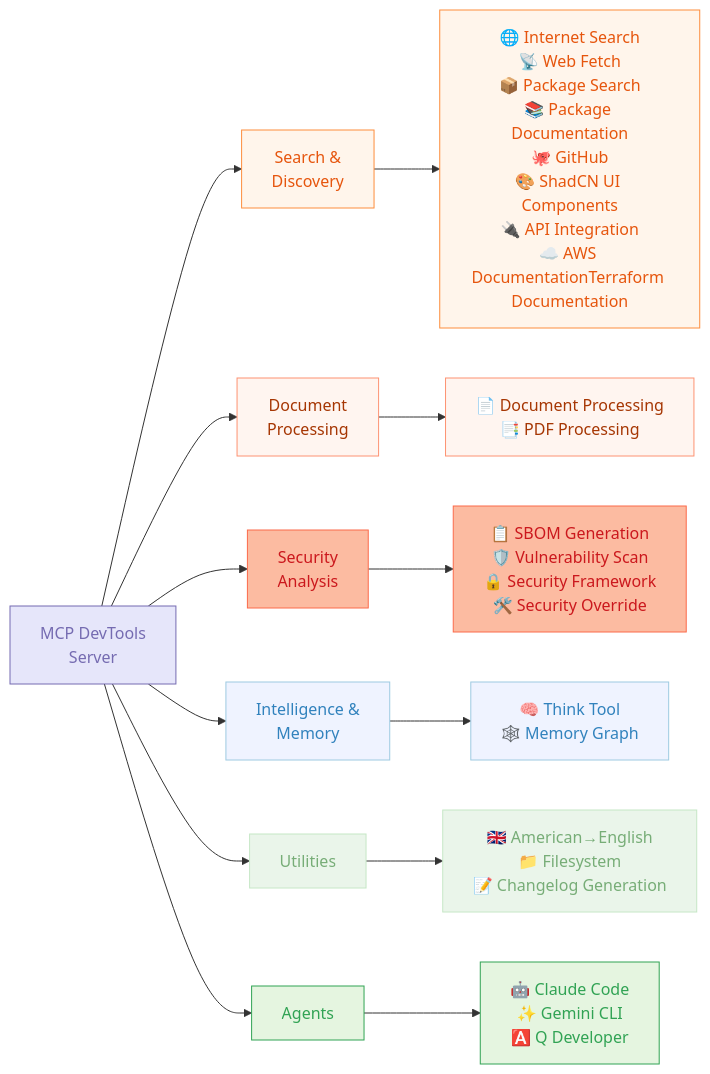
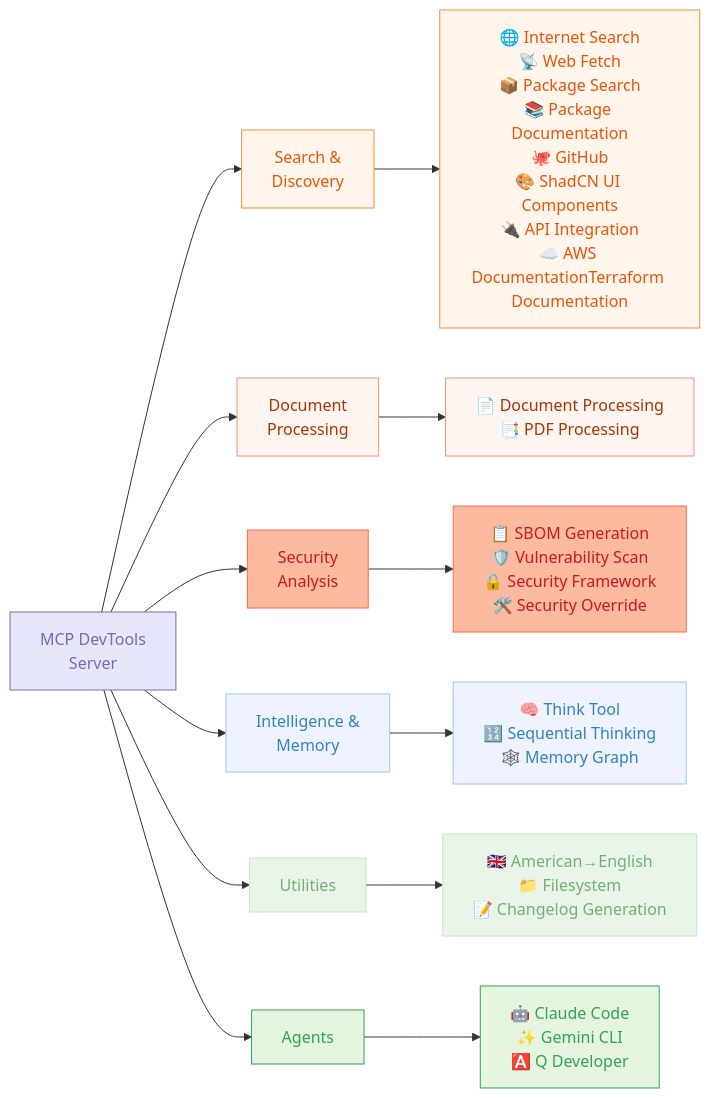
One commit to sammcj/mcp-devtools changed the diagram in README.md. Above: the diagram before and after it, drawn with Mermaid. The commit also changed other lines of this file and 7 other files, not shown here.

Commit message:
feat: new tool - sequential thinking

````diff
--- a/README.md
+++ b/README.md
@@ -5,42 +5,42 @@
 ```mermaid
 graph LR
     A[MCP DevTools<br>Server]
 
     A --> B[Search &<br>Discovery]
     A --> C[Document<br>Processing]
     A --> D[Security<br>Analysis]
     A --> E[Intelligence &<br>Memory]
     A --> F[Utilities]
     A --> G[Agents]
 
     B --> B_Tools[🌐 Internet Search<br>📡 Web Fetch<br>📦 Package Search<br>📚 Package Documentation<br>🐙 GitHub<br>🎨 ShadCN UI Components<br>🔌 API Integration<br>☁️ AWS Documentation<br📝>Terraform Documentation]
 
     C --> C_Tools[📄 Document Processing<br>📑 PDF Processing]
 
     D --> D_Tools[📋 SBOM Generation<br>🛡️ Vulnerability Scan<br>🔒 Security Framework<br>🛠️ Security Override]
 
-    E --> E_Tools[🧠 Think Tool<br>🕸️ Memory Graph]
+    E --> E_Tools[🧠 Think Tool<br>🔢 Sequential Thinking<br>🕸️ Memory Graph]
 
     F --> F_Tools[🇬🇧 American→English<br>📁 Filesystem<br>📝 Changelog Generation]
 
     G --> G_Tools[🤖 Claude Code<br>✨ Gemini CLI<br>🅰️ Q Developer]
 
     classDef inputOutput fill:#FEE0D2,stroke:#E6550D,color:#E6550D
     classDef llm fill:#E5F5E0,stroke:#31A354,color:#31A354
     classDef components fill:#E6E6FA,stroke:#756BB1,color:#756BB1
     classDef process fill:#EAF5EA,stroke:#C6E7C6,color:#77AD77
     classDef stop fill:#E5E1F2,stroke:#C7C0DE,color:#8471BF
     classDef data fill:#EFF3FF,stroke:#9ECAE1,color:#3182BD
     classDef decision fill:#FFF5EB,stroke:#FD8D3C,color:#E6550D
     classDef storage fill:#F2F0F7,stroke:#BCBDDC,color:#756BB1
     classDef api fill:#FFF5F0,stroke:#FD9272,color:#A63603
     classDef error fill:#FCBBA1,stroke:#FB6A4A,color:#CB181D
 
     class A components
     class B,B_Tools decision
     class C,C_Tools api
     class D,D_Tools error
     class E,E_Tools data
     class F,F_Tools process
     class G,G_Tools llm
 ```
````
